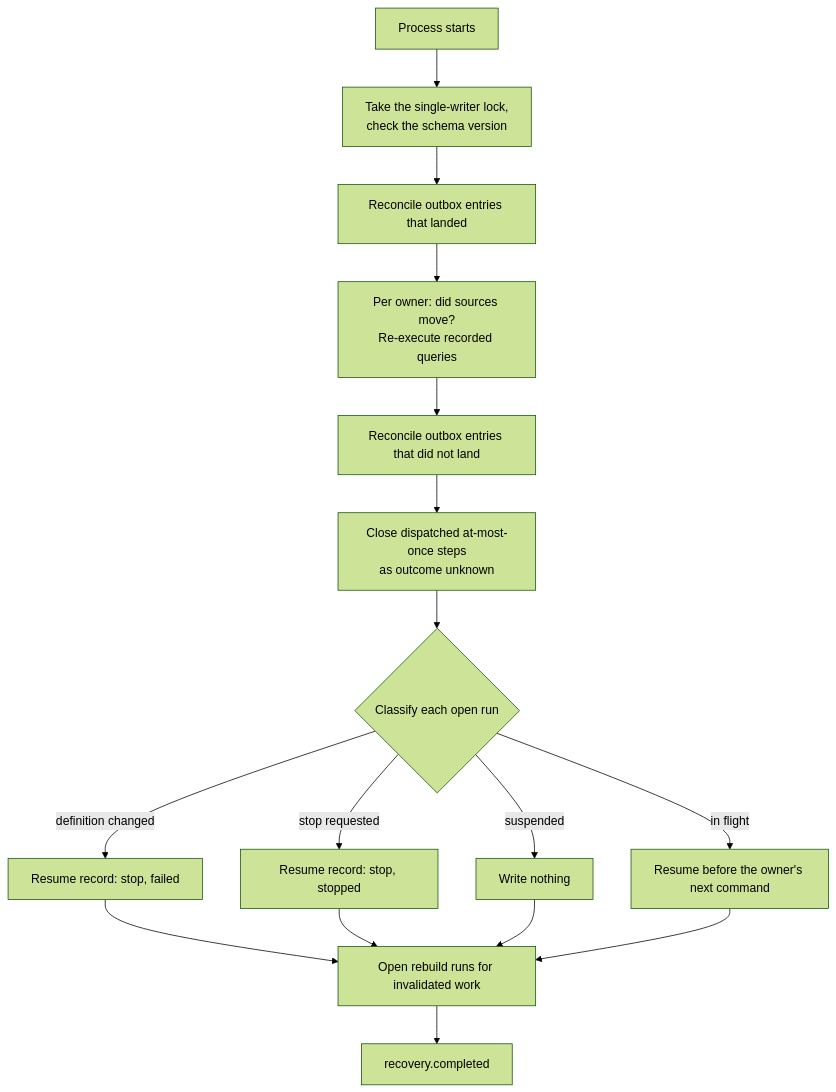
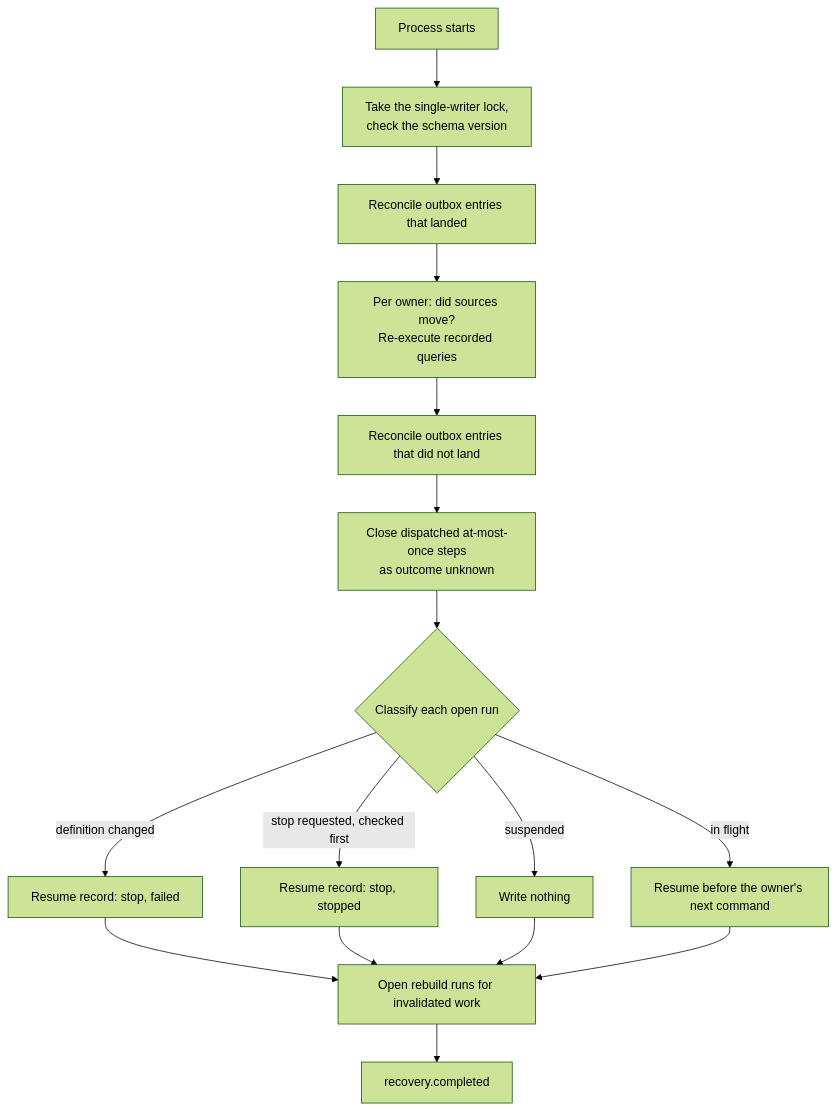
Diagram 12 of 15 in docs/design/02-architecture.md (SaiiPittu/aksha), drawn with Mermaid (forest theme) before and after one commit. The commit also changed other lines of this file and 10 other files, not shown here.

First line of the commit message:
Design: three tiers, context as a rendering, stop-first recovery, decisions 25 to 35

````diff
--- a/docs/design/02-architecture.md
+++ b/docs/design/02-architecture.md
@@ -301,18 +495,18 @@
 ```mermaid
 flowchart TD
   K["Process starts"] --> L["Take the single-writer lock,<br/>check the schema version"]
   L --> R1["Reconcile outbox entries that landed"]
   R1 --> SC["Per owner: did sources move?<br/>Re-execute recorded queries"]
   SC --> R2["Reconcile outbox entries that did not land"]
   R2 --> U["Close dispatched at-most-once steps<br/>as outcome unknown"]
   U --> C{"Classify each open run"}
+  C -->|"stop requested, checked first"| S2["Resume record: stop, stopped"]
   C -->|"definition changed"| S1["Resume record: stop, failed"]
-  C -->|"stop requested"| S2["Resume record: stop, stopped"]
   C -->|"suspended"| N["Write nothing"]
   C -->|"in flight"| IF["Resume before the owner's next command"]
   S1 --> RB["Open rebuild runs for invalidated work"]
   S2 --> RB
   N --> RB
   IF --> RB
   RB --> DONE["recovery.completed"]
 ```
````
